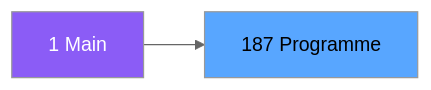
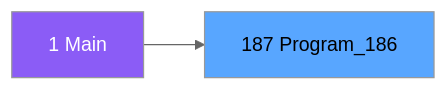
The second of 3 diagrams in .openspec/specs/ADH-IDE-187.md (thonyAGP/magic-migration), drawn with Mermaid (neutral theme) before and after one commit. The commit also changed other lines of this file and 323 other files, not shown here.

````diff
--- a/.openspec/specs/ADH-IDE-187.md
+++ b/.openspec/specs/ADH-IDE-187.md
@@ -98,8 +105,8 @@
 ```mermaid
 graph LR
     M[1 Main]
-    T[187 Programme]
+    T[187 Program_186]
     M --> T
     style M fill:#8b5cf6,color:#fff
     style T fill:#58a6ff,color:#000
 ```
````
